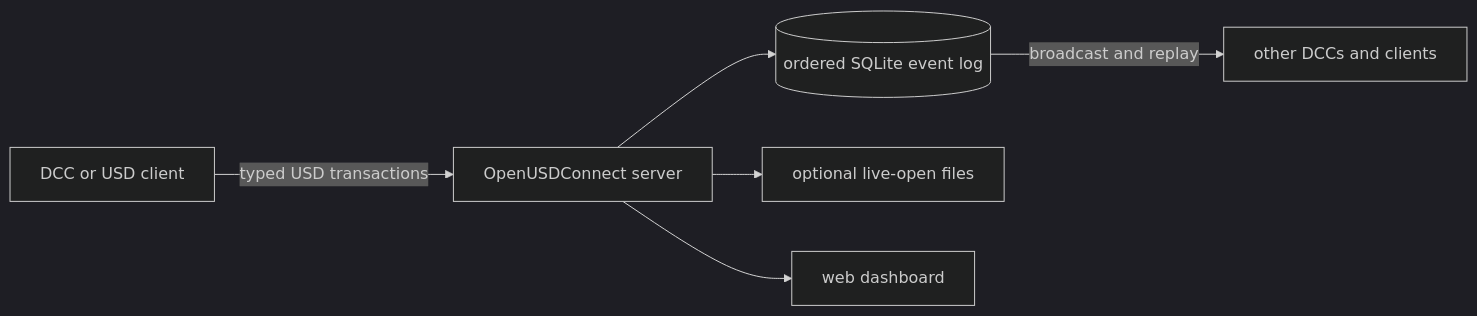
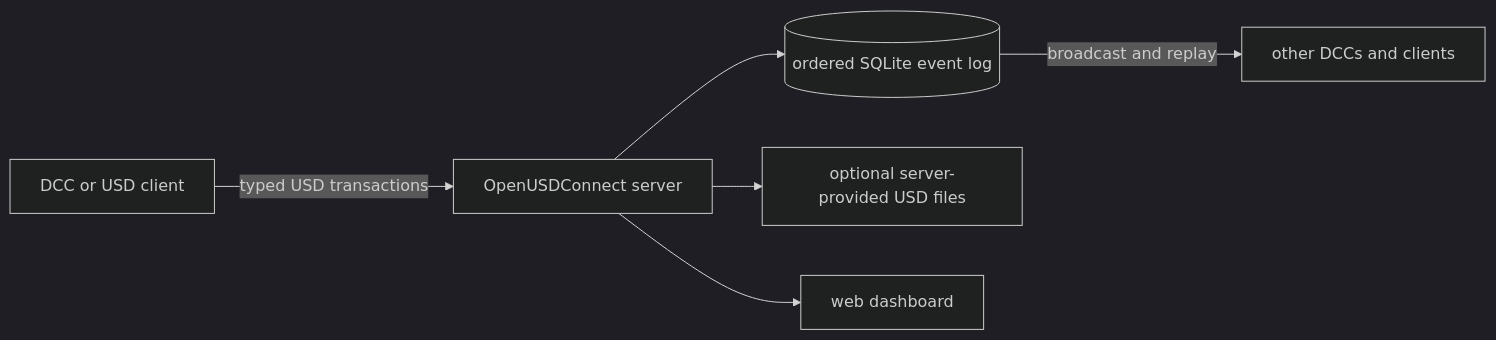
Before and after one commit to RoboticHuman/OpenUSDConnect: the diagram in README.md, drawn with Mermaid (dark theme). The commit also changed other lines of this file and 6 other files, not shown here.

````diff
--- a/README.md
+++ b/README.md
@@ -100,8 +121,8 @@
 ```mermaid
 flowchart LR
     A["DCC or USD client"] -- "typed USD transactions" --> S["OpenUSDConnect server"]
     S --> L[("ordered SQLite event log")]
     L -- "broadcast and replay" --> B["other DCCs and clients"]
-    S --> V["optional live-open files"]
+    S --> V["optional server-provided USD files"]
     S --> D["web dashboard"]
 ```
````
